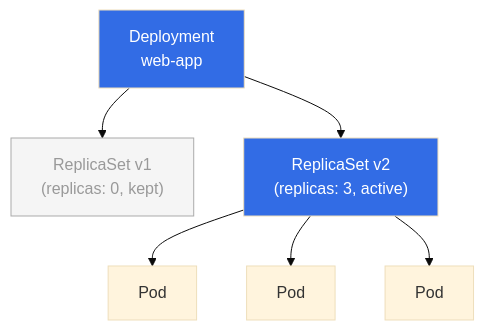
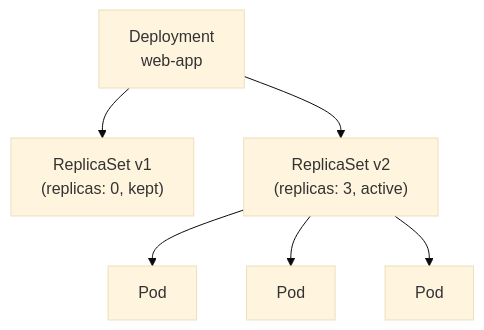
One commit to Antoine-Flo/kube-mastery changed the diagram in src/courses/modules/deployments/01-what-is-a-deployment/en/content.md. Above: the diagram before and after it, drawn with Mermaid (base theme). The commit also changed 21 other files, not shown here.

Commit message:
remove diagram styles

````diff
--- a/src/courses/modules/deployments/01-what-is-a-deployment/en/content.md
+++ b/src/courses/modules/deployments/01-what-is-a-deployment/en/content.md
@@ -21,19 +21,15 @@
 ```mermaid
 graph TB
     DEP["Deployment\nweb-app"]
     RS1["ReplicaSet v1\n(replicas: 0, kept)"]
     RS2["ReplicaSet v2\n(replicas: 3, active)"]
     P1["Pod"]
     P2["Pod"]
     P3["Pod"]
 
     DEP --> RS1
     DEP --> RS2
     RS2 --> P1
     RS2 --> P2
     RS2 --> P3
-
-    style RS1 fill:#f5f5f5,stroke:#aaa,color:#999
-    style DEP fill:#326ce5,color:#fff
-    style RS2 fill:#326ce5,color:#fff
 ```
````
